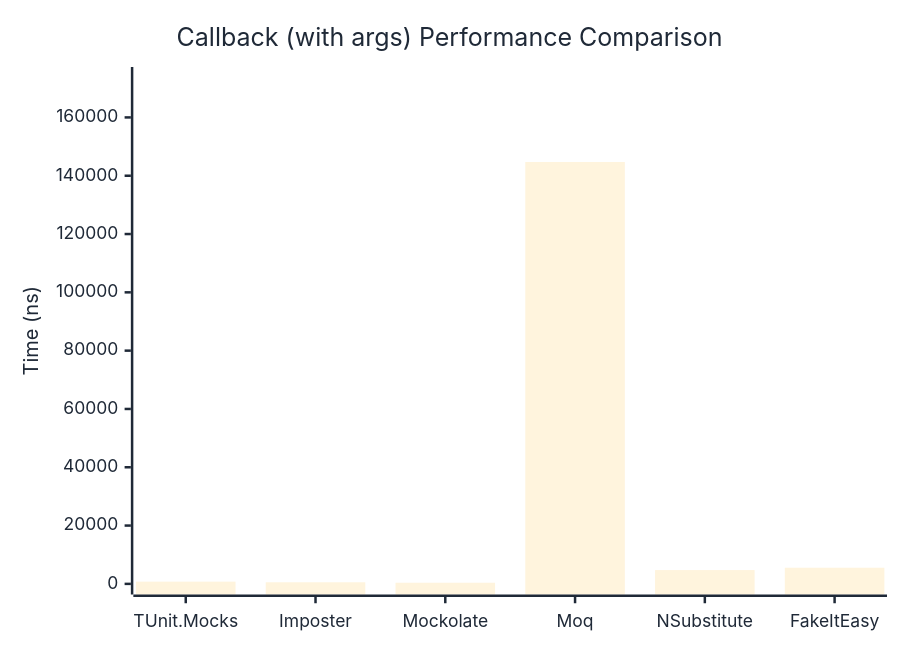
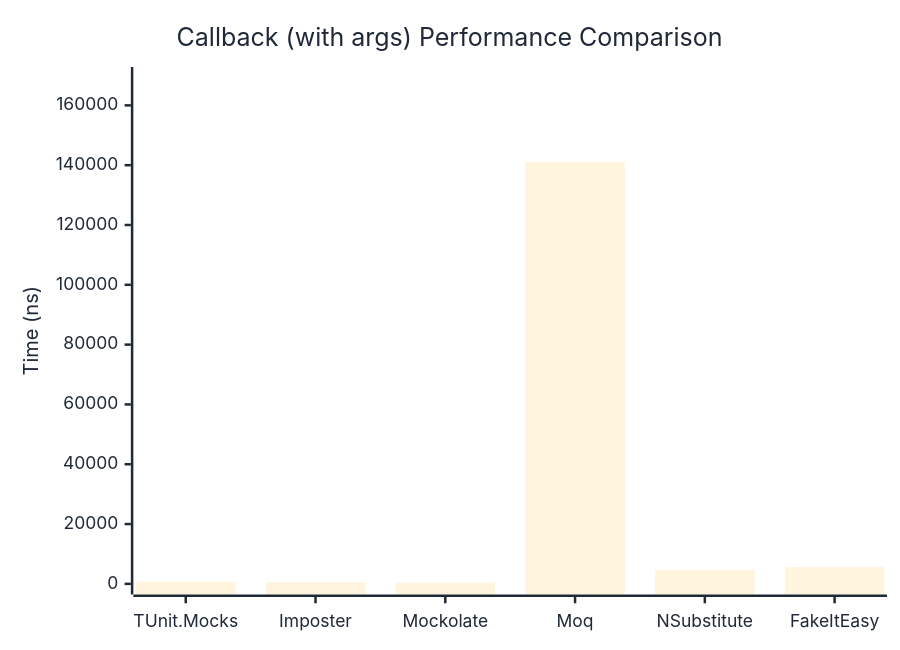
Before and after one commit to thomhurst/TUnit: the second of 2 diagrams in docs/docs/benchmarks/mocks/Callback.md, drawn with Mermaid. The commit also changed other lines of this file and 14 other files, not shown here.

````diff
--- a/docs/docs/benchmarks/mocks/Callback.md
+++ b/docs/docs/benchmarks/mocks/Callback.md
@@ -71,27 +71,27 @@
 ```mermaid
 %%{init: {
   'theme':'base',
   'themeVariables': {
     'primaryColor': '#2563eb',
     'primaryTextColor': '#1f2937',
     'primaryBorderColor': '#1e40af',
     'lineColor': '#6b7280',
     'secondaryColor': '#7c3aed',
     'tertiaryColor': '#dc2626',
     'background': '#ffffff',
     'pie1': '#2563eb',
     'pie2': '#7c3aed',
     'pie3': '#dc2626',
     'pie4': '#f59e0b',
     'pie5': '#10b981',
     'pie6': '#06b6d4',
     'pie7': '#ec4899',
     'pie8': '#6366f1'
   }
 }}%%
 xychart-beta
   title "Callback (with args) Performance Comparison"
   x-axis ["TUnit.Mocks", "Imposter", "Mockolate", "Moq", "NSubstitute", "FakeItEasy"]
-  y-axis "Time (ns)" 0 --> 173650
-  bar [766.2, 546.9, 392.5, 144708.3, 4731.2, 5535.4]
+  y-axis "Time (ns)" 0 --> 169275
+  bar [755.6, 537.5, 387.1, 141061.8, 4635.3, 5644.4]
 ```
````
